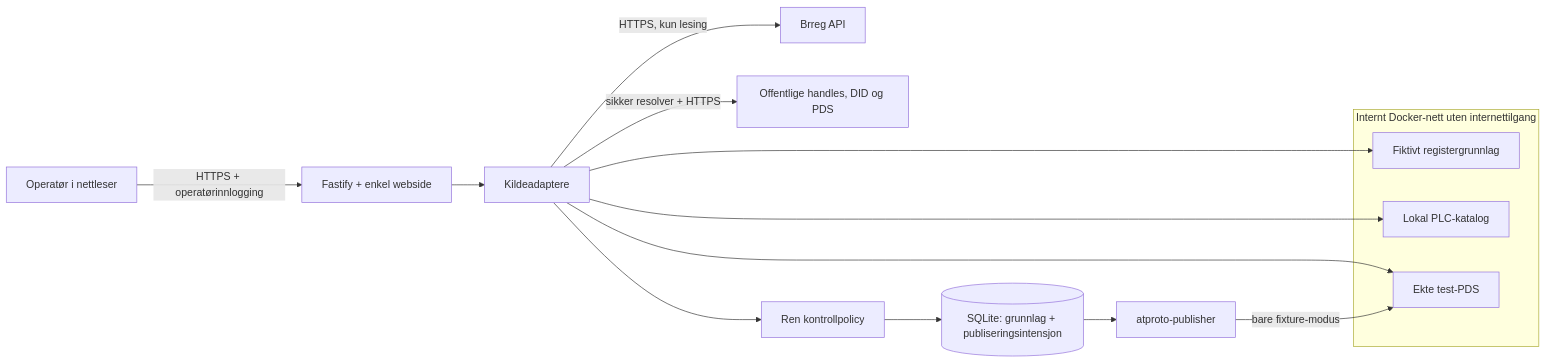
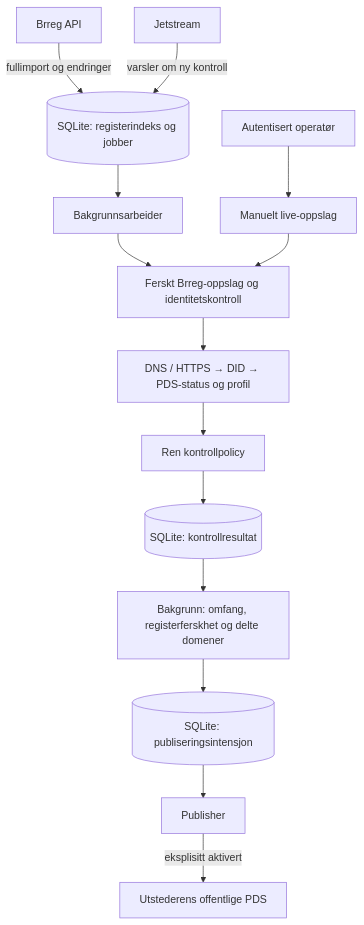
Before and after one commit to demokratiloftet/organisation-verifier: the diagram in docs/architecture.md, drawn with Mermaid. The commit also changed other lines of this file and 10 other files, not shown here.

````diff
--- a/docs/architecture.md
+++ b/docs/architecture.md
@@ -11,19 +10,16 @@
 ```mermaid
-flowchart LR
-  Operator[Operatør i nettleser] -->|HTTPS + operatørinnlogging| App[Fastify + enkel webside]
-  App --> Sources[Kildeadaptere]
-  Sources -->|HTTPS, kun lesing| Brreg[Brreg API]
-  Sources -->|sikker resolver + HTTPS| Public[Offentlige handles, DID og PDS]
-  Sources --> Policy[Ren kontrollpolicy]
-  Policy --> DB[(SQLite: grunnlag + publiseringsintensjon)]
-  DB --> Publisher[atproto-publisher]
-  subgraph Isolated[Internt Docker-nett uten internettilgang]
-    Fixture[Fiktivt registergrunnlag]
-    PLC[Lokal PLC-katalog]
-    PDS[Ekte test-PDS]
-  end
-  Sources --> Fixture
-  Sources --> PLC
-  Sources --> PDS
-  Publisher -->|bare fixture-modus| PDS
+flowchart TD
+  Brreg[Brreg API] -->|fullimport og endringer| Index[(SQLite: registerindeks og jobber)]
+  Jetstream[Jetstream] -->|varsler om ny kontroll| Index
+  Index --> Worker[Bakgrunnsarbeider]
+  Operator[Autentisert operatør] --> Manual[Manuelt live-oppslag]
+  Worker --> Sources[Ferskt Brreg-oppslag og identitetskontroll]
+  Manual --> Sources
+  Sources --> Identity[DNS / HTTPS → DID → PDS-status og profil]
+  Identity --> Policy[Ren kontrollpolicy]
+  Policy --> Checks[(SQLite: kontrollresultat)]
+  Checks --> Gate[Bakgrunn: omfang, registerferskhet og delte domener]
+  Gate --> Intent[(SQLite: publiseringsintensjon)]
+  Intent --> Publisher[Publisher]
+  Publisher -->|eksplisitt aktivert| PDS[Utstederens offentlige PDS]
 ```
````
